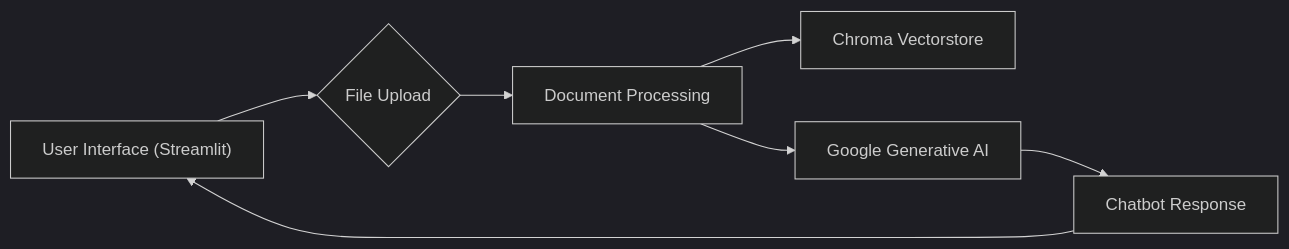
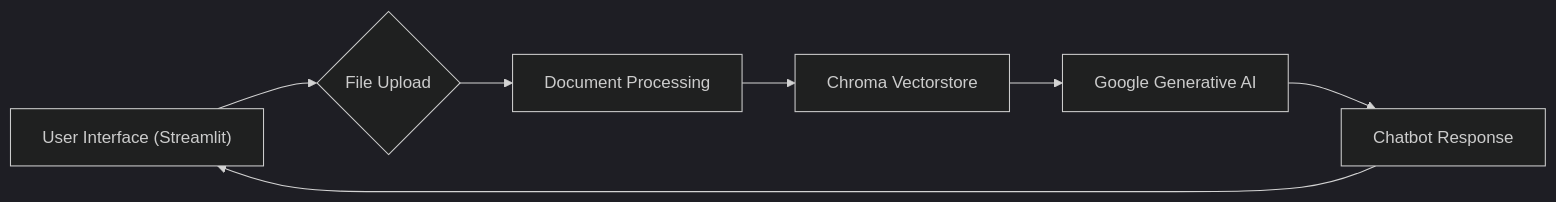
The diagram in README.md (Kraken2003/DocSumm), drawn with Mermaid (dark theme) before and after one commit.

````diff
--- a/README.md
+++ b/README.md
@@ -20,9 +20,9 @@
 ```mermaid
 graph LR
     A["User Interface (Streamlit)"] --> B{"File Upload"}
     B --> C["Document Processing"]
     C --> D["Chroma Vectorstore"]
-    C --> E["Google Generative AI"]
+    D --> E["Google Generative AI"]
     E --> F["Chatbot Response"]
     F --> A
 ```
````
